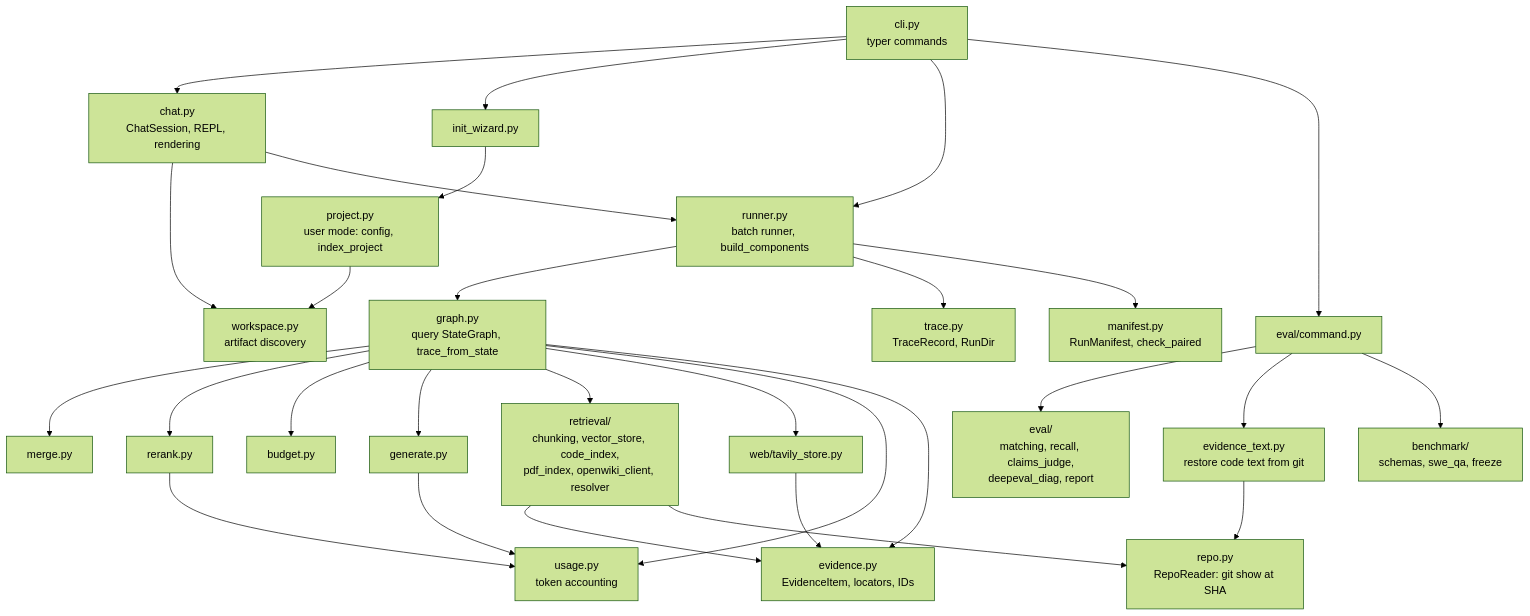
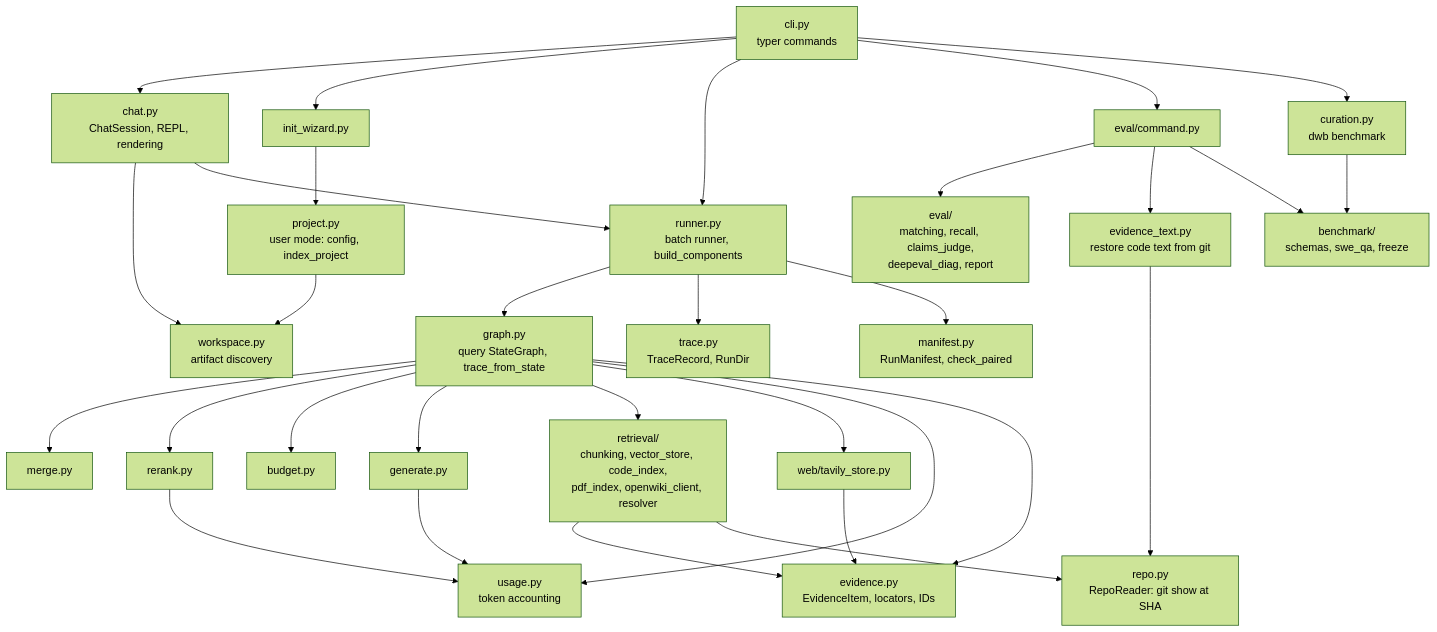
Before and after one commit to andresdp/design-wiki-bridge: the third of 9 diagrams in docs/architecture.md, drawn with Mermaid (forest theme). The commit also changed other lines of this file and 3 other files, not shown here.

Commit message:
docs: document the dwb benchmark curation loop

````diff
--- a/docs/architecture.md
+++ b/docs/architecture.md
@@ -108,22 +109,24 @@
 ```mermaid
 flowchart TB
     cli["cli.py<br/>typer commands"] --> chat["chat.py<br/>ChatSession, REPL, rendering"]
     cli --> init["init_wizard.py"] --> project["project.py<br/>user mode: config, index_project"]
     cli --> runner["runner.py<br/>batch runner, build_components"]
     cli --> evalc["eval/command.py"]
+    cli --> curation["curation.py<br/>dwb benchmark"]
+    curation --> bench
     chat --> workspace["workspace.py<br/>artifact discovery"]
     project --> workspace
     chat --> runner
     runner --> qgraph["graph.py<br/>query StateGraph, trace_from_state"]
     qgraph --> merge["merge.py"] & rerank["rerank.py"] & budget["budget.py"] & generate["generate.py"]
     qgraph --> retrieval["retrieval/<br/>chunking, vector_store, code_index,<br/>pdf_index, openwiki_client, resolver"]
     qgraph --> web["web/tavily_store.py"]
     qgraph & rerank & generate --> usage["usage.py<br/>token accounting"]
     qgraph & retrieval & web --> evidence["evidence.py<br/>EvidenceItem, locators, IDs"]
     runner --> trace["trace.py<br/>TraceRecord, RunDir"] & manifest["manifest.py<br/>RunManifest, check_paired"]
     evalc --> evalpkg["eval/<br/>matching, recall, claims_judge,<br/>deepeval_diag, report"]
     evalc --> evtext["evidence_text.py<br/>restore code text from git"]
     evalc --> bench["benchmark/<br/>schemas, swe_qa, freeze"]
     retrieval --> repo["repo.py<br/>RepoReader: git show at SHA"]
     evtext --> repo
 ```
````
